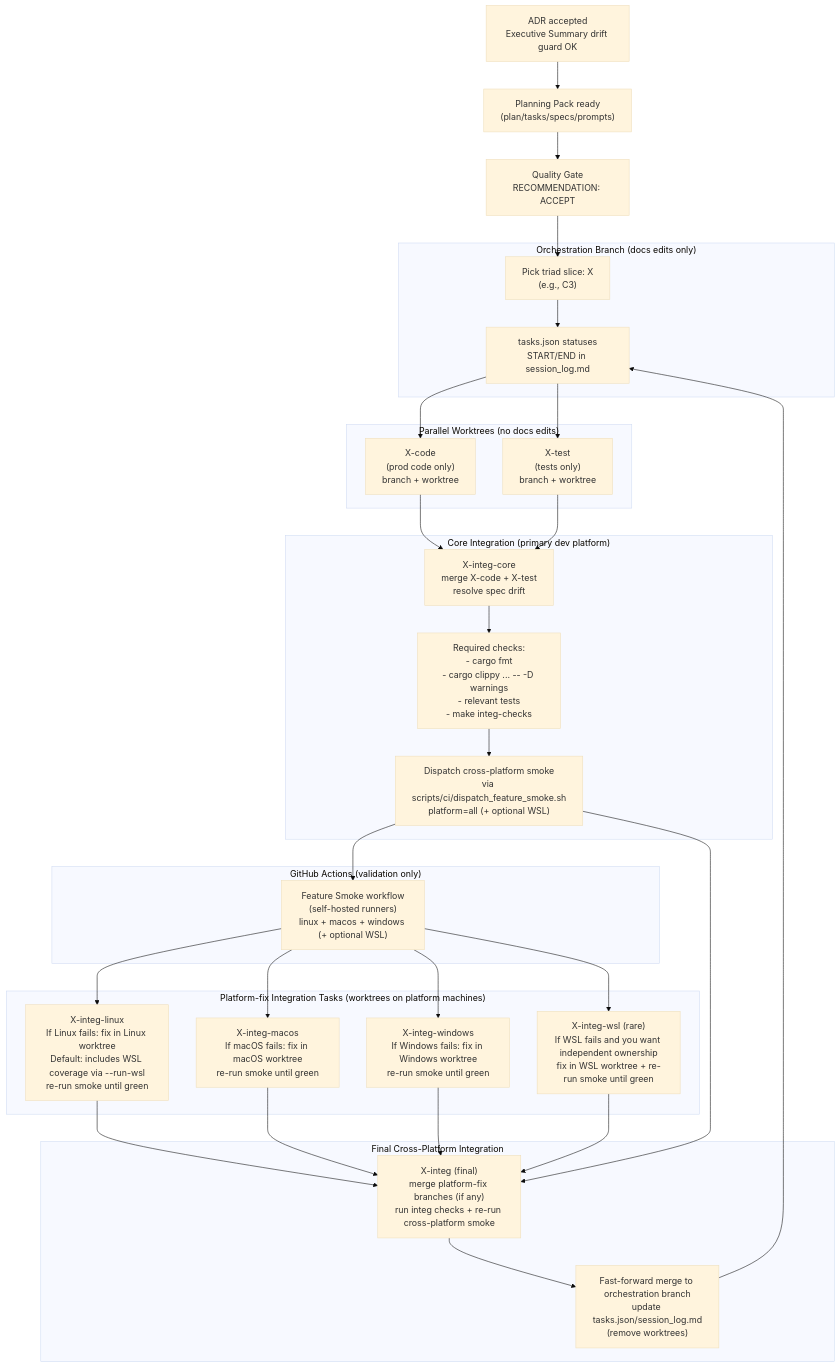
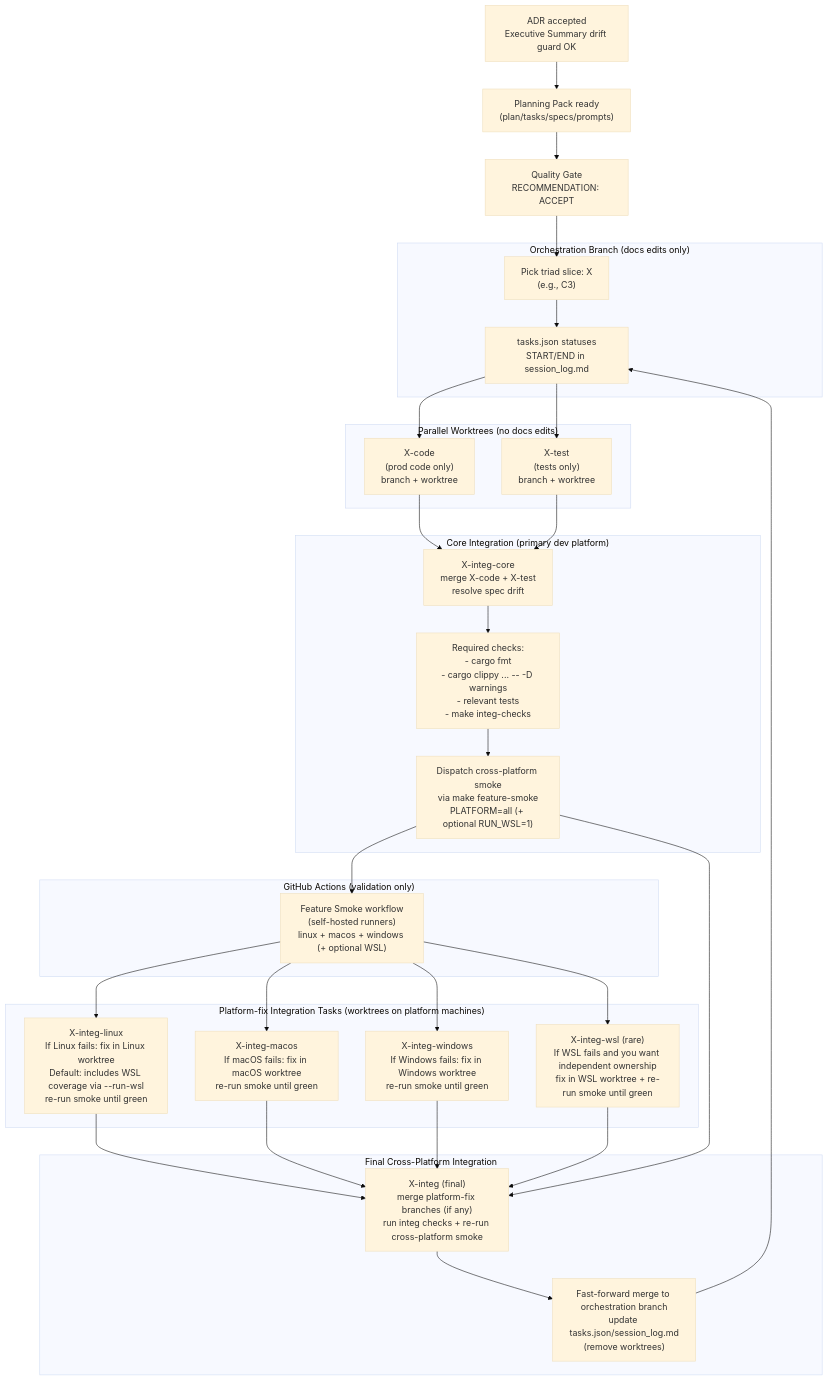
One commit to atomize-hq/substrate changed the first of 2 diagrams in docs/project_management/standards/TRIAD_WORKFLOW_CROSS_PLATFORM_INTEG.md. Above: the diagram before and after it, drawn with Mermaid (base theme). The commit also changed 33 other files, not shown here.

````diff
--- a/docs/project_management/standards/TRIAD_WORKFLOW_CROSS_PLATFORM_INTEG.md
+++ b/docs/project_management/standards/TRIAD_WORKFLOW_CROSS_PLATFORM_INTEG.md
@@ -18,70 +18,70 @@
 ```mermaid
 flowchart TD
   %% ======== Inputs / gating ========
   ADR["ADR accepted<br/>Executive Summary drift guard OK"]
   PACK["Planning Pack ready<br/>(plan/tasks/specs/prompts)"]
   GATE["Quality Gate<br/>RECOMMENDATION: ACCEPT"]
 
   ADR --> PACK --> GATE
 
   %% ======== Triad execution ========
   subgraph ORCH["Orchestration Branch (docs edits only)"]
     START["Pick triad slice: X<br/>(e.g., C3)"]
     TASKS["tasks.json statuses<br/>START/END in session_log.md"]
   end
 
   GATE --> START
   START --> TASKS
 
   subgraph WT["Parallel Worktrees (no docs edits)"]
     CODE["X-code<br/>(prod code only)<br/>branch + worktree"]
     TEST["X-test<br/>(tests only)<br/>branch + worktree"]
   end
 
   TASKS --> CODE
   TASKS --> TEST
 
   subgraph INTEG_CORE["Core Integration (primary dev platform)"]
     MERGE["X-integ-core<br/>merge X-code + X-test<br/>resolve spec drift"]
     CORE_CHECKS["Required checks:<br/>- cargo fmt<br/>- cargo clippy ... -- -D warnings<br/>- relevant tests<br/>- make integ-checks"]
-    CORE_DISPATCH["Dispatch cross-platform smoke<br/>via scripts/ci/dispatch_feature_smoke.sh<br/>platform=all (+ optional WSL)"]
+    CORE_DISPATCH["Dispatch cross-platform smoke<br/>via make feature-smoke<br/>PLATFORM=all (+ optional RUN_WSL=1)"]
   end
 
   CODE --> MERGE
   TEST --> MERGE
   MERGE --> CORE_CHECKS
   CORE_CHECKS --> CORE_DISPATCH
 
   %% ======== Smoke validation (CI) ========
   subgraph CI["GitHub Actions (validation only)"]
     SMOKE_ALL["Feature Smoke workflow<br/>(self-hosted runners)<br/>linux + macos + windows (+ optional WSL)"]
   end
 
   CORE_DISPATCH --> SMOKE_ALL
 
   %% ======== Platform-fix tasks (parallel, only if needed) ========
   subgraph PF["Platform-fix Integration Tasks (worktrees on platform machines)"]
     LNX["X-integ-linux<br/>If Linux fails: fix in Linux worktree<br/>Default: includes WSL coverage via --run-wsl<br/>re-run smoke until green"]
     MAC["X-integ-macos<br/>If macOS fails: fix in macOS worktree<br/>re-run smoke until green"]
     WIN["X-integ-windows<br/>If Windows fails: fix in Windows worktree<br/>re-run smoke until green"]
     WSL["X-integ-wsl (rare)<br/>If WSL fails and you want independent ownership<br/>fix in WSL worktree + re-run smoke until green"]
   end
 
   SMOKE_ALL --> LNX
   SMOKE_ALL --> MAC
   SMOKE_ALL --> WIN
   SMOKE_ALL --> WSL
 
   %% ======== Final aggregator ========
   subgraph INTEG_FINAL["Final Cross-Platform Integration"]
     AGG["X-integ (final)<br/>merge platform-fix branches (if any)<br/>run integ checks + re-run cross-platform smoke"]
     MERGE_BACK["Fast-forward merge to orchestration branch<br/>update tasks.json/session_log.md<br/>(remove worktrees)"]
   end
 
   LNX --> AGG
   MAC --> AGG
   WIN --> AGG
   WSL --> AGG
   CORE_DISPATCH --> AGG
   AGG --> MERGE_BACK --> TASKS
 ```
````
